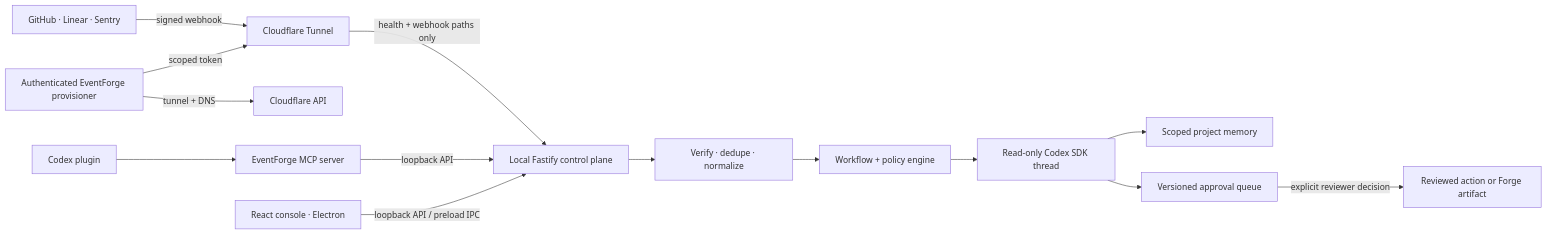
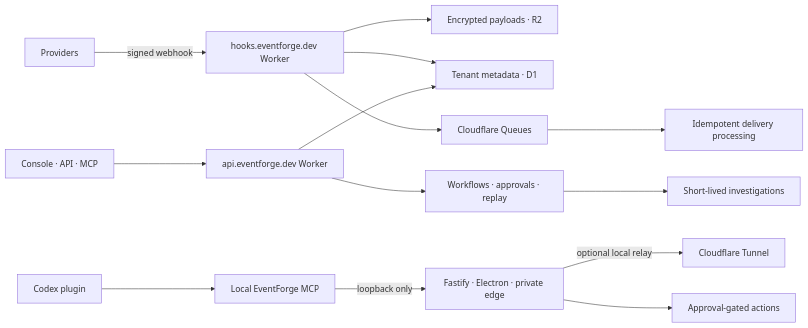
Before and after one commit to tebayoso/eventforge: the diagram in README.md, drawn with Mermaid. The commit also changed other lines of this file and 17 other files, not shown here.

Commit message:
feat: add Cloudflare hosted control plane foundation

````diff
--- a/README.md
+++ b/README.md
@@ -7,16 +7,17 @@
 ```mermaid
 flowchart LR
-  providers["GitHub · Linear · Sentry"] -->|"signed webhook"| tunnel["Cloudflare Tunnel"]
-  provisioner["Authenticated EventForge provisioner"] -->|"tunnel + DNS"| cloudflare["Cloudflare API"]
-  provisioner -->|"scoped token"| tunnel
-  tunnel -->|"health + webhook paths only"| control["Local Fastify control plane"]
-  codex["Codex plugin"] --> mcp["EventForge MCP server"]
-  mcp -->|"loopback API"| control
-  console["React console · Electron"] -->|"loopback API / preload IPC"| control
-  control --> verify["Verify · dedupe · normalize"]
-  verify --> policy["Workflow + policy engine"]
-  policy --> agent["Read-only Codex SDK thread"]
-  agent --> memory["Scoped project memory"]
-  agent --> approval["Versioned approval queue"]
-  approval -->|"explicit reviewer decision"| artifact["Reviewed action or Forge artifact"]
+  providers["Providers"] -->|"signed webhook"| hooks["hooks.eventforge.dev Worker"]
+  operators["Console · API · MCP"] --> api["api.eventforge.dev Worker"]
+  hooks --> r2["Encrypted payloads · R2"]
+  hooks --> d1["Tenant metadata · D1"]
+  hooks --> queue["Cloudflare Queues"]
+  queue --> delivery["Idempotent delivery processing"]
+  api --> d1
+  api --> workflows["Workflows · approvals · replay"]
+  workflows --> sandbox["Short-lived investigations"]
+
+  codex["Codex plugin"] --> mcp["Local EventForge MCP"]
+  mcp -->|"loopback only"| local["Fastify · Electron · private edge"]
+  local -->|"optional local relay"| tunnel["Cloudflare Tunnel"]
+  local --> approval["Approval-gated actions"]
 ```
````
